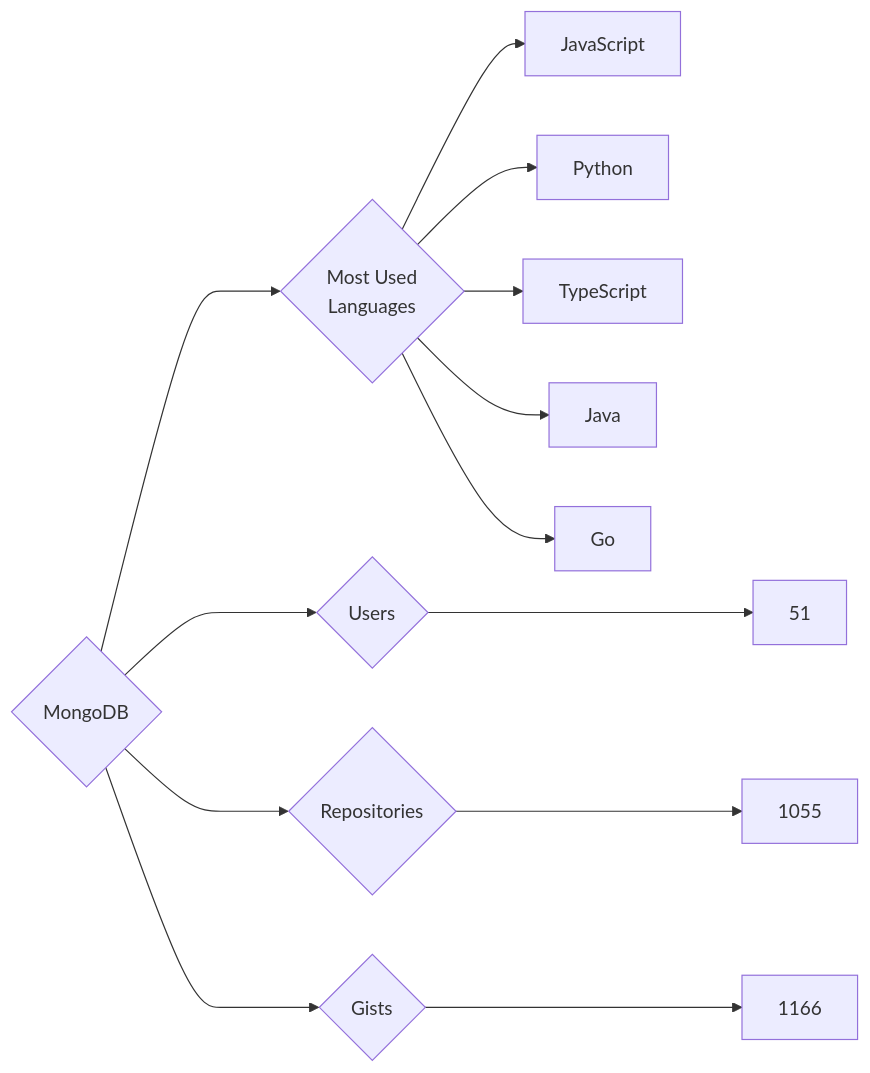
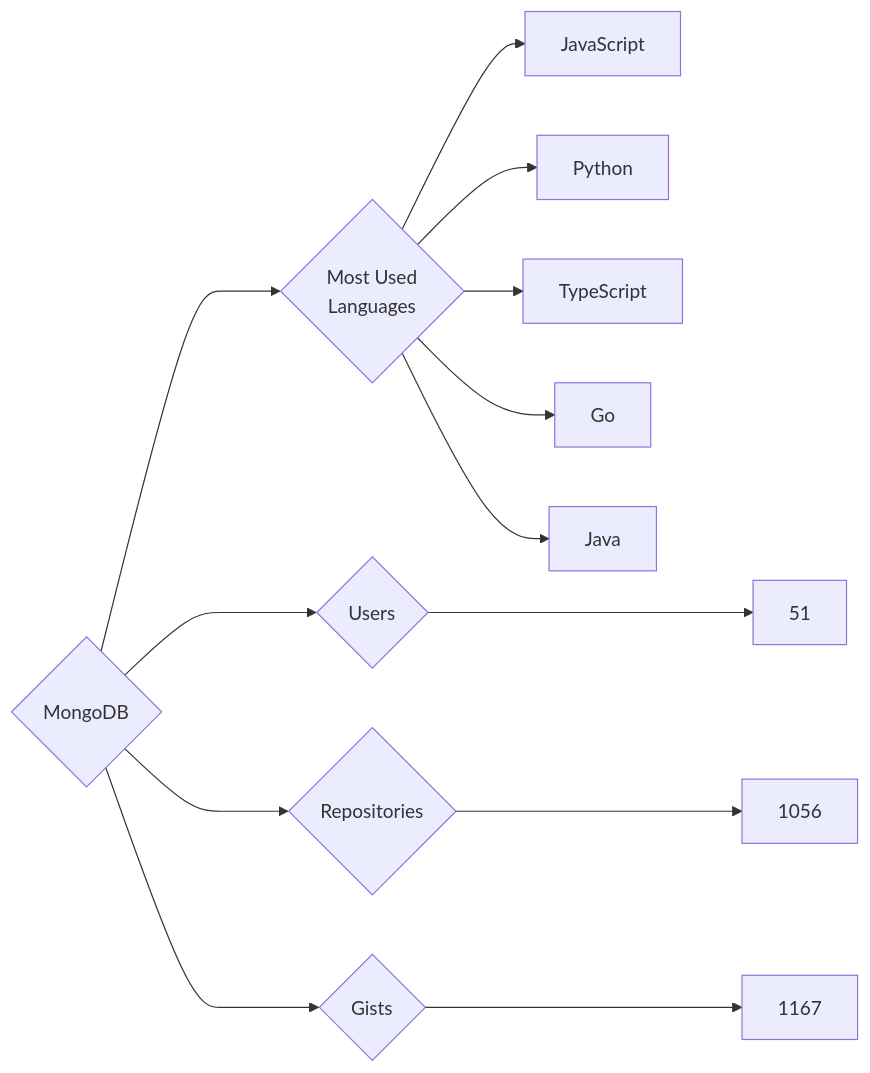
One commit to trickest/insiders changed the diagram in targets/MongoDB/README.md. Above: the diagram before and after it, drawn with Mermaid. The commit also changed 806 other files, not shown here.

````diff
--- a/targets/MongoDB/README.md
+++ b/targets/MongoDB/README.md
@@ -3,13 +3,13 @@
 ```mermaid
 graph LR
 COMPANY_NAME{MongoDB}
 COMPANY_NAME ---> U{Users} ---> UN[51]
-COMPANY_NAME ---> R{Repositories} ---> RN[1055]
-COMPANY_NAME ---> G{Gists} ---> GN[1166]
+COMPANY_NAME ---> R{Repositories} ---> RN[1056]
+COMPANY_NAME ---> G{Gists} ---> GN[1167]
 COMPANY_NAME ---> ML{Most Used<br>Languages}
 ML --> JavaScript[JavaScript]
 ML --> Python[Python]
 ML --> TypeScript[TypeScript]
+ML --> Go[Go]
 ML --> Java[Java]
-ML --> Go[Go]
 ```
````
